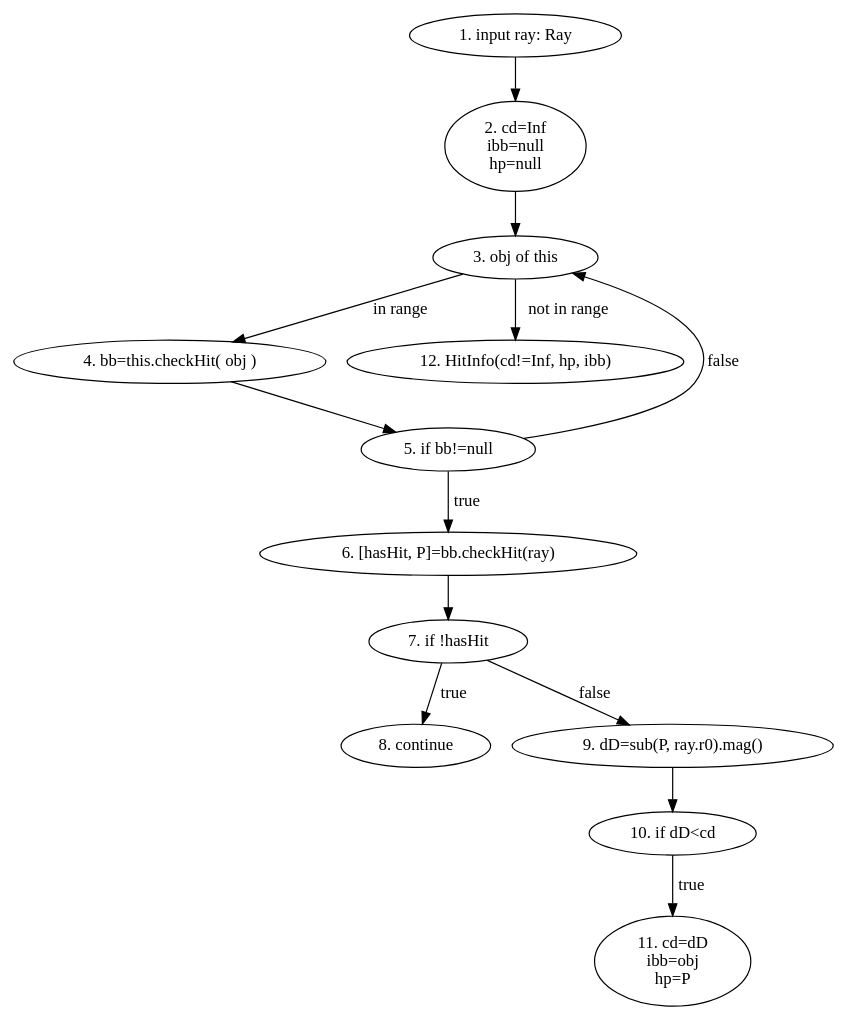
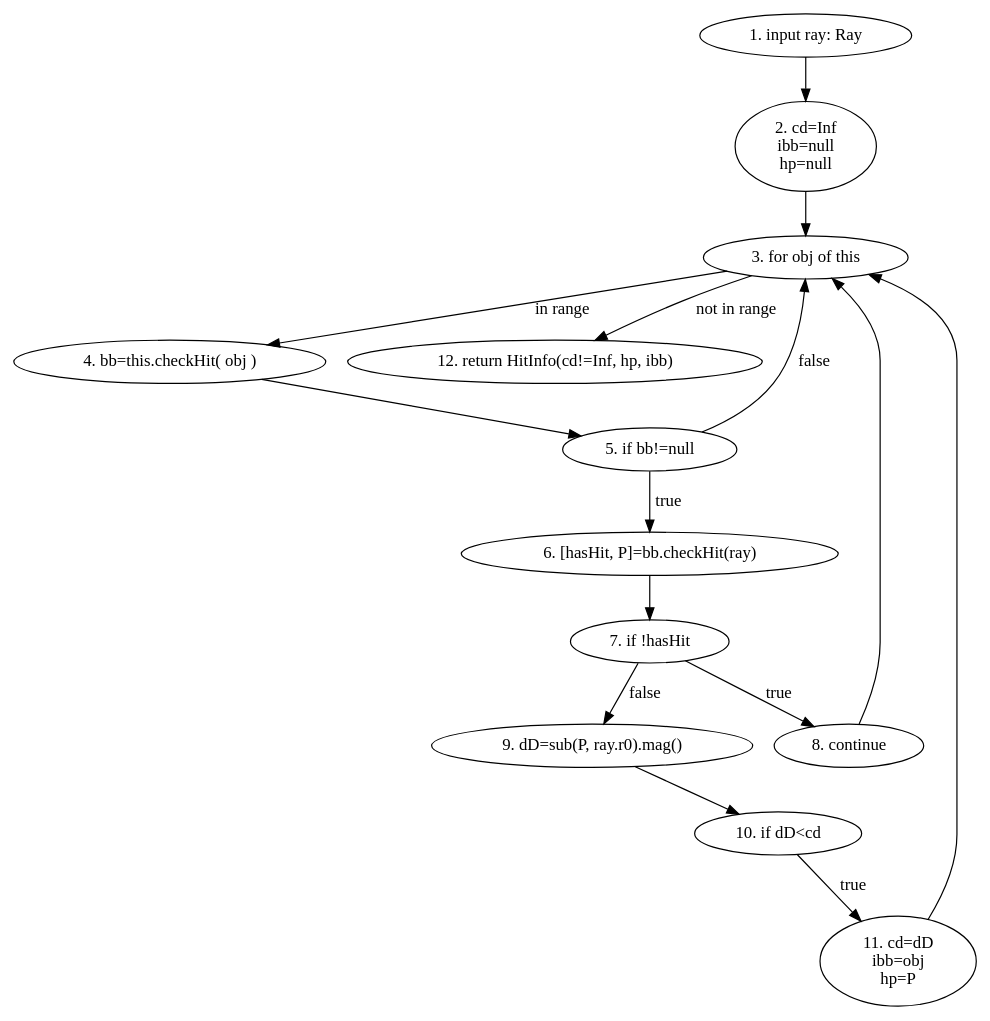
Before and after one commit to drakexcaptainop/p5t: the diagram in test_graphs/scripts/rayCastUtils/intersectClosestBB.dot, drawn with Graphviz. The commit also changed 30 other files, not shown here.

```diff
--- a/test_graphs/scripts/rayCastUtils/intersectClosestBB.dot
+++ b/test_graphs/scripts/rayCastUtils/intersectClosestBB.dot
@@ -1,27 +1,29 @@
 digraph G{
     INP [label="1. input ray: Ray"]
     SET0 [label="2. cd=Inf\nibb=null\nhp=null"]
-    FOR [label="3. obj of this"]
+    FOR [label="3. for obj of this"]
     SET1 [label="4. bb=this.checkHit( obj )"]
     IF1 [label="5. if bb!=null"]
     SET2 [label="6. [hasHit, P]=bb.checkHit(ray)"]
     IF2 [label="7. if !hasHit"]
     CONT [label="8. continue"]
     SET3 [label="9. dD=sub(P, ray.r0).mag()"]
     IF3 [label="10. if dD<cd"]
     SET4 [label="11. cd=dD\nibb=obj\nhp=P"]
-    RET [label="12. HitInfo(cd!=Inf, hp, ibb)"]
+    RET [label="12. return HitInfo(cd!=Inf, hp, ibb)"]
 
     INP -> SET0 -> FOR 
     FOR -> SET1 [label="in range"]
     FOR -> RET [label="not in range"]
     SET1 -> IF1 
     IF1 -> FOR [label="false"]
     IF1 -> SET2 [label="true"]
+    SET4 -> FOR
     SET2 -> IF2 
     IF2 -> CONT [label="true"]
     IF2 -> SET3 [label="false"]
     SET3 -> IF3 
     IF3 -> SET4 [label="true"]
+    CONT -> FOR
 
 }
```
